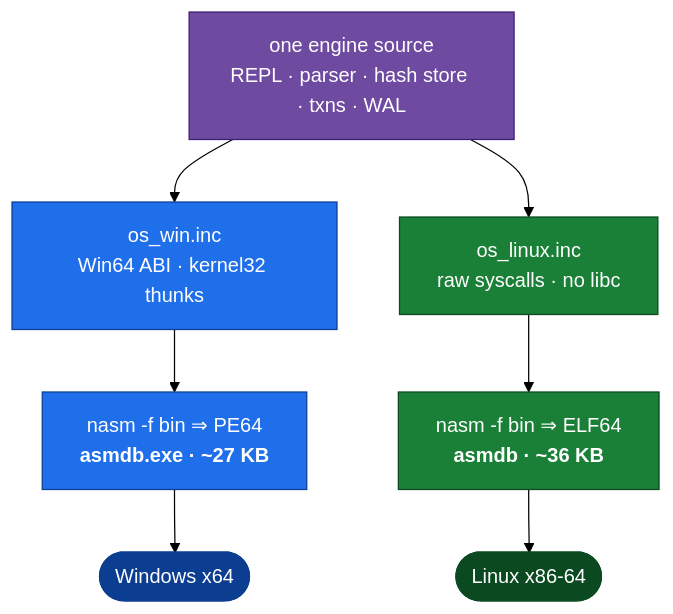
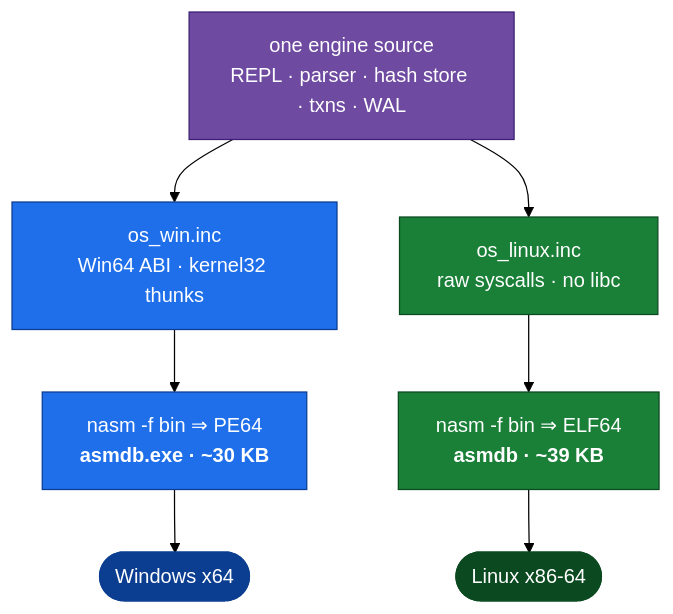
One commit to fredgis/asmDB changed the first of 2 diagrams in README.md. Above: the diagram before and after it, drawn with Mermaid (forest theme). The commit also changed other lines of this file and 18 other files, not shown here.

````diff
--- a/README.md
+++ b/README.md
@@ -135,19 +136,19 @@
 ```mermaid
 flowchart TD
     SRC["one engine source<br/>REPL · parser · hash store · txns · WAL"]:::core
 
     SRC --> WIN["os_win.inc<br/>Win64 ABI · kernel32 thunks"]:::win
     SRC --> LIN["os_linux.inc<br/>raw syscalls · no libc"]:::lin
 
-    WIN --> PE["nasm -f bin ⇒ PE64<br/><b>asmdb.exe · ~27 KB</b>"]:::win
-    LIN --> ELF["nasm -f bin ⇒ ELF64<br/><b>asmdb · ~36 KB</b>"]:::lin
+    WIN --> PE["nasm -f bin ⇒ PE64<br/><b>asmdb.exe · ~30 KB</b>"]:::win
+    LIN --> ELF["nasm -f bin ⇒ ELF64<br/><b>asmdb · ~39 KB</b>"]:::lin
 
     PE --> WOS(["Windows x64"]):::winb
     ELF --> LOS(["Linux x86-64"]):::linb
 
     classDef core fill:#6e4aa0,stroke:#3b1e75,color:#fff
     classDef win  fill:#1f6feb,stroke:#0b3d91,color:#fff
     classDef lin  fill:#1a7f37,stroke:#0b4a20,color:#fff
     classDef winb fill:#0b3d91,stroke:#0b3d91,color:#fff
     classDef linb fill:#0b4a20,stroke:#0b4a20,color:#fff
 ```
````
